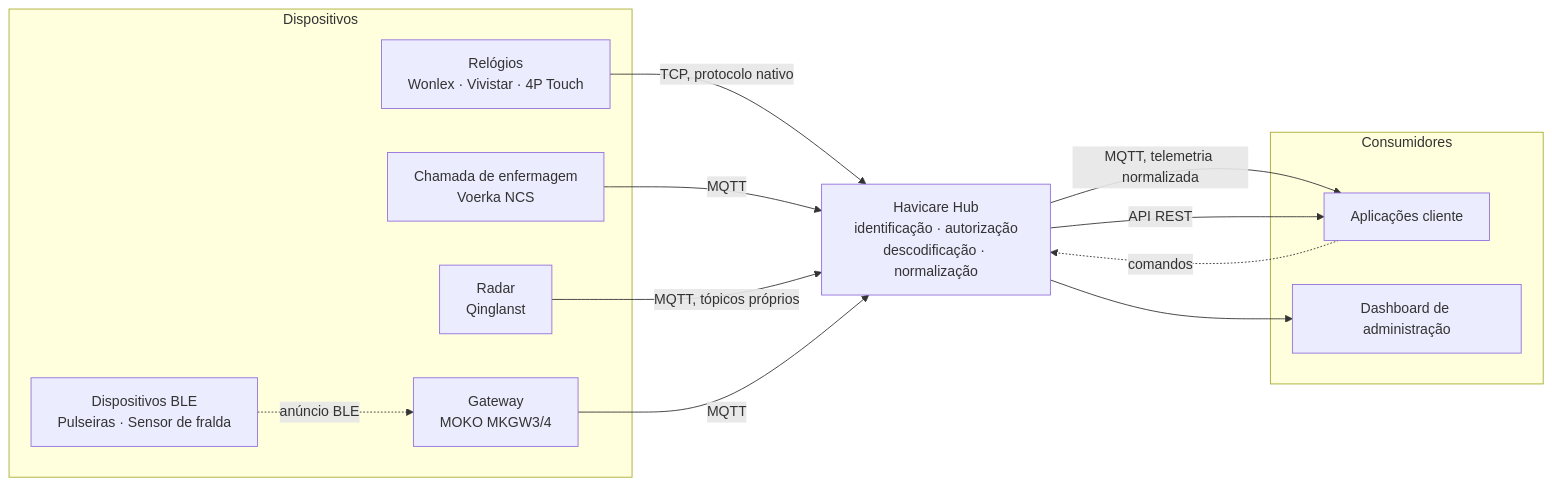
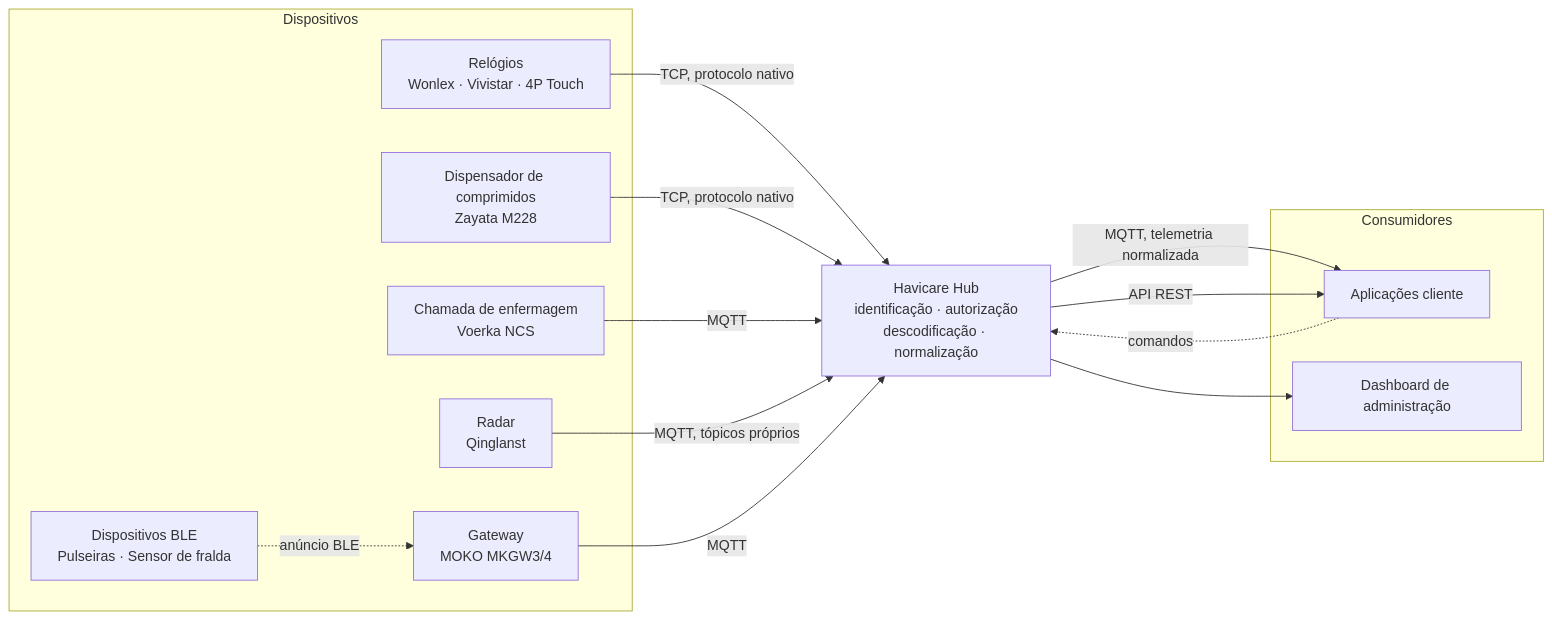
Before and after one commit to hvieira512/havicare-hub: the diagram in README.md, drawn with Mermaid. The commit also changed other lines of this file and 1 other file, not shown here.

First line of the commit message:
docs(readme): o dispensador e a pulseira Veepoo entram nas tabelas

````diff
--- a/README.md
+++ b/README.md
@@ -46,28 +48,30 @@
 ```mermaid
 flowchart LR
   subgraph campo["Dispositivos"]
     W["Relógios<br/>Wonlex · Vivistar · 4P Touch"]
+    P["Dispensador de comprimidos<br/>Zayata M228"]
     N["Chamada de enfermagem<br/>Voerka NCS"]
     R["Radar<br/>Qinglanst"]
     B["Dispositivos BLE<br/>Pulseiras · Sensor de fralda"]
     G["Gateway<br/>MOKO MKGW3/4"]
   end
 
   HUB["Havicare Hub<br/>identificação · autorização<br/>descodificação · normalização"]
 
   subgraph consumo["Consumidores"]
     T["Aplicações cliente"]
     D["Dashboard de administração"]
   end
 
   W -->|TCP, protocolo nativo| HUB
+  P -->|TCP, protocolo nativo| HUB
   N -->|MQTT| HUB
   R -->|MQTT, tópicos próprios| HUB
   B -.->|anúncio BLE| G
   G -->|MQTT| HUB
 
   HUB -->|MQTT, telemetria normalizada| T
   HUB -->|API REST| T
   HUB --> D
   T -.->|comandos| HUB
 ```
````
